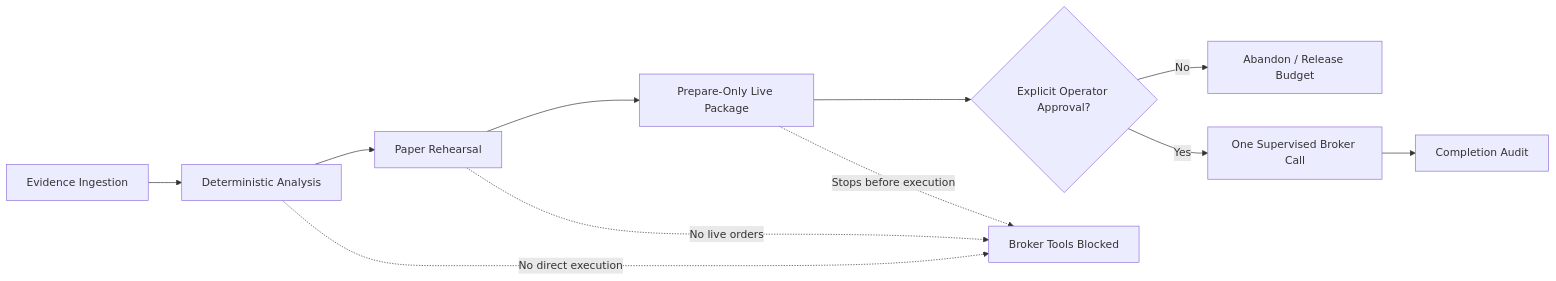
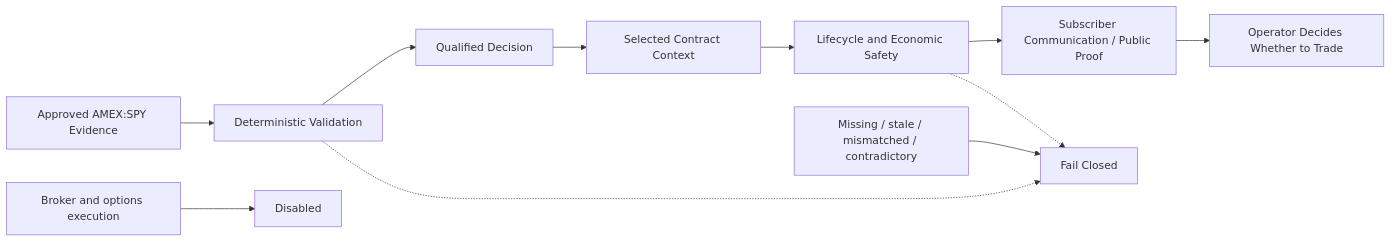
The diagram in docs/SAFETY_MODEL.md (drashadm/xsp-trading-copilot), drawn with Mermaid before and after one commit. The commit also changed other lines of this file and 9 other files, not shown here.

Commit message:
docs(public-proof): align showcase with current product

````diff
--- a/docs/SAFETY_MODEL.md
+++ b/docs/SAFETY_MODEL.md
@@ -17,13 +9,14 @@
 ```mermaid
 flowchart LR
-    A["Evidence Ingestion"] --> B["Deterministic Analysis"]
-    B --> C["Paper Rehearsal"]
-    C --> D["Prepare-Only Live Package"]
-    D --> E{"Explicit Operator Approval?"}
-    E -- "No" --> F["Abandon / Release Budget"]
-    E -- "Yes" --> G["One Supervised Broker Call"]
-    G --> H["Completion Audit"]
-    B -. "No direct execution" .-> X["Broker Tools Blocked"]
-    C -. "No live orders" .-> X
-    D -. "Stops before execution" .-> X
+    A["Approved AMEX:SPY Evidence"] --> B["Deterministic Validation"]
+    B --> C["Qualified Decision"]
+    C --> D["Selected Contract Context"]
+    D --> E["Lifecycle and Economic Safety"]
+    E --> F["Subscriber Communication / Public Proof"]
+    F --> G["Operator Decides Whether to Trade"]
+
+    X["Missing / stale / mismatched / contradictory"] --> Y["Fail Closed"]
+    B -.-> Y
+    E -.-> Y
+    Z["Broker and options execution"] --> Q["Disabled"]
 ```
````
